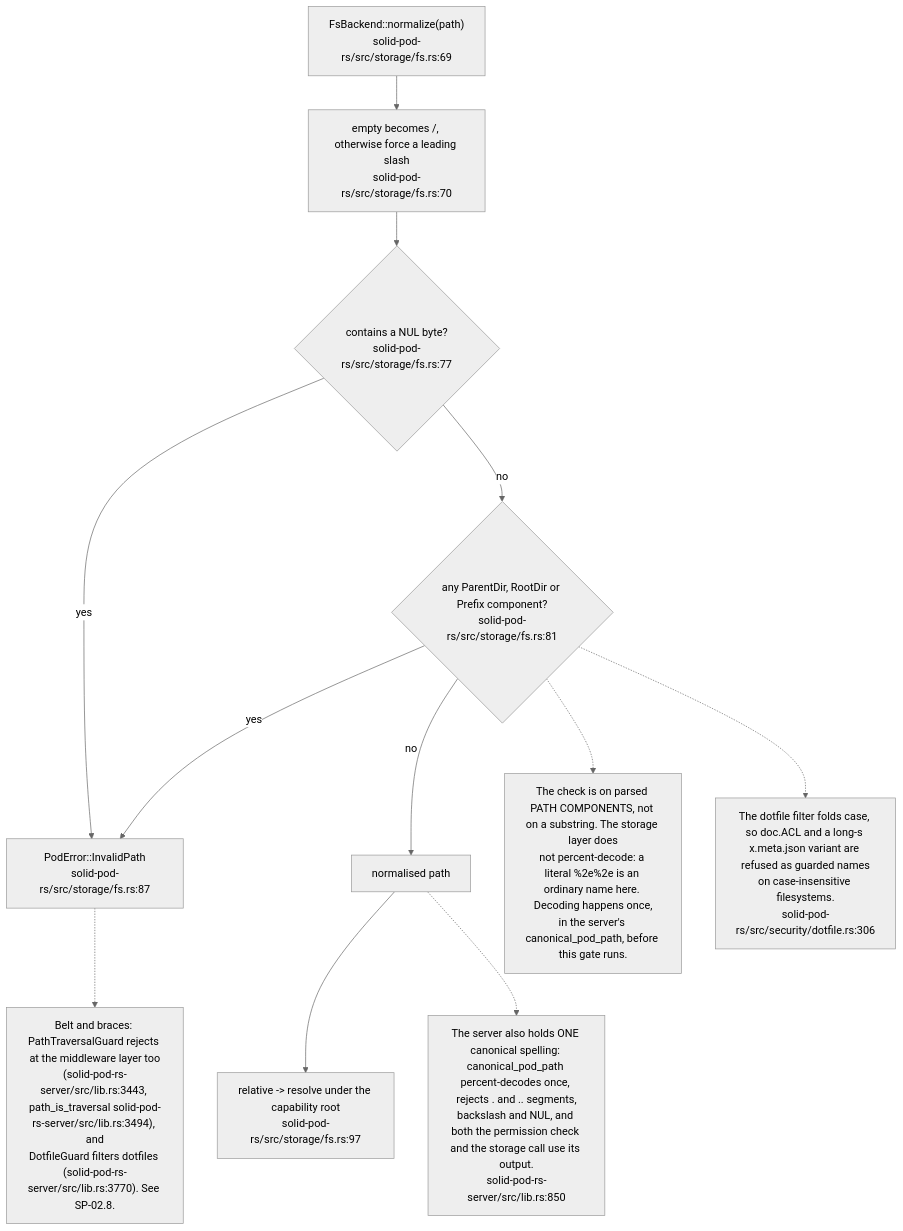
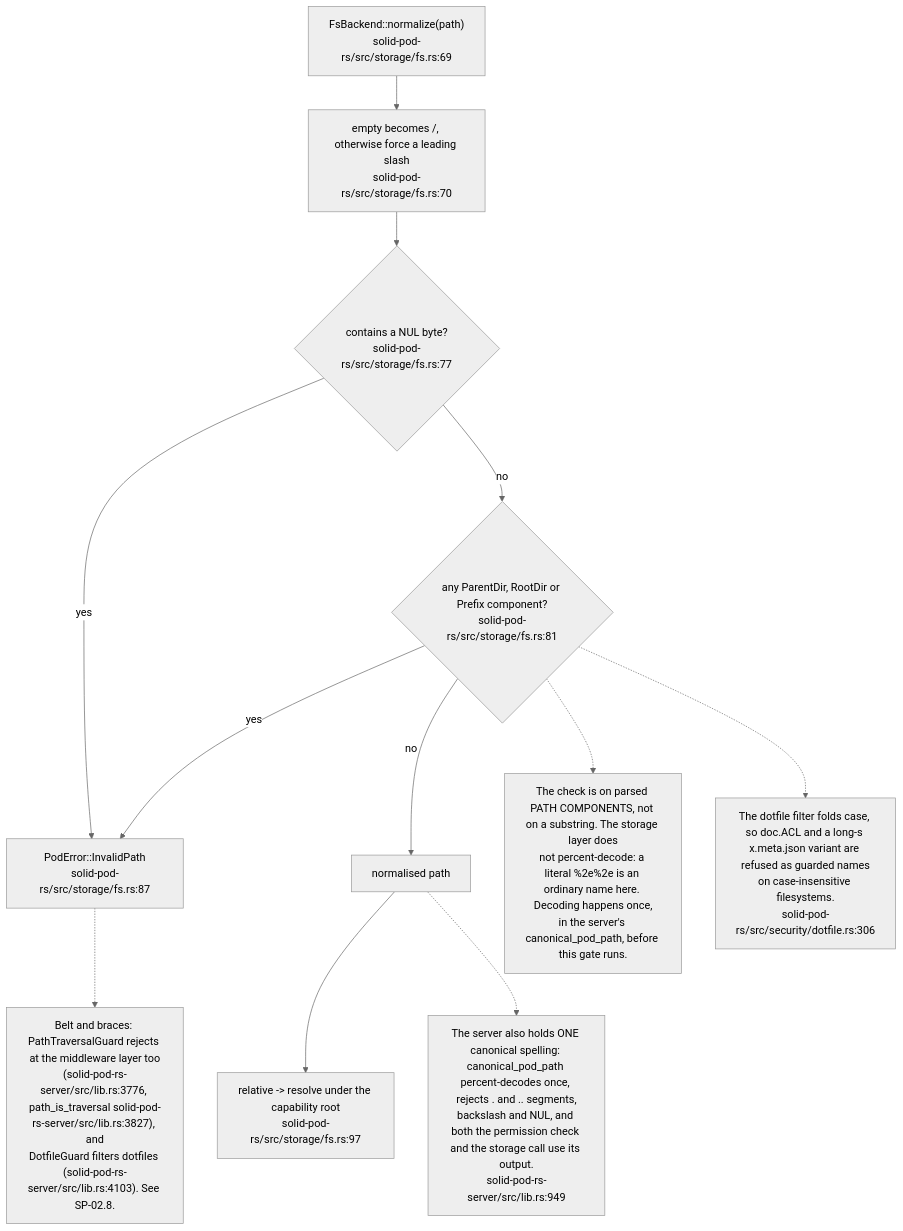
Before and after one commit to DreamLab-AI/VisionFlow: the second of 11 diagrams in docs/diagrams/solid-pod-rs/06-storage-quota-and-git-pods.md, drawn with Mermaid (neutral theme). The commit also changed other lines of this file and 59 other files, not shown here.

First line of the commit message:
docs(diagrams): re-derive and re-stamp forum, website, pod, ontomark and sealmap topics

````diff
--- a/docs/diagrams/solid-pod-rs/06-storage-quota-and-git-pods.md
+++ b/docs/diagrams/solid-pod-rs/06-storage-quota-and-git-pods.md
@@ -67,25 +69,25 @@
 ```mermaid
 flowchart TD
     IN["FsBackend::normalize(path)<br/>solid-pod-rs/src/storage/fs.rs:69"]
     LEAD["empty becomes /, otherwise force a leading slash<br/>solid-pod-rs/src/storage/fs.rs:70"]
     NUL{"contains a NUL byte?<br/>solid-pod-rs/src/storage/fs.rs:77"}
     COMP{"any ParentDir, RootDir or Prefix component?<br/>solid-pod-rs/src/storage/fs.rs:81"}
     ERR["PodError::InvalidPath<br/>solid-pod-rs/src/storage/fs.rs:87"]
     OK["normalised path"]
     REL["relative -> resolve under the capability root<br/>solid-pod-rs/src/storage/fs.rs:97"]
 
     IN --> LEAD --> NUL
     NUL -- yes --> ERR
     NUL -- no --> COMP
     COMP -- yes --> ERR
     COMP -- no --> OK --> REL
 
     N["The check is on parsed PATH COMPONENTS, not on a substring. The storage layer does<br/>not percent-decode: a literal %2e%2e is an ordinary name here. Decoding happens once,<br/>in the server's canonical_pod_path, before this gate runs."]
     COMP -.-> N
-    N2["Belt and braces: PathTraversalGuard rejects at the middleware layer too<br/>(solid-pod-rs-server/src/lib.rs:3443, path_is_traversal solid-pod-rs-server/src/lib.rs:3494), and<br/>DotfileGuard filters dotfiles (solid-pod-rs-server/src/lib.rs:3770). See SP-02.8."]
+    N2["Belt and braces: PathTraversalGuard rejects at the middleware layer too<br/>(solid-pod-rs-server/src/lib.rs:3776, path_is_traversal solid-pod-rs-server/src/lib.rs:3827), and<br/>DotfileGuard filters dotfiles (solid-pod-rs-server/src/lib.rs:4103). See SP-02.8."]
     ERR -.-> N2
-    N3["The server also holds ONE canonical spelling: canonical_pod_path percent-decodes once, rejects . and .. segments,<br/>backslash and NUL, and both the permission check and the storage call use its output.<br/>solid-pod-rs-server/src/lib.rs:850"]
+    N3["The server also holds ONE canonical spelling: canonical_pod_path percent-decodes once, rejects . and .. segments,<br/>backslash and NUL, and both the permission check and the storage call use its output.<br/>solid-pod-rs-server/src/lib.rs:949"]
     N4["The dotfile filter folds case, so doc.ACL and a long-s x.meta.json variant are refused as guarded names<br/>on case-insensitive filesystems.<br/>solid-pod-rs/src/security/dotfile.rs:306"]
     OK -.-> N3
     COMP -.-> N4
 ```
````
